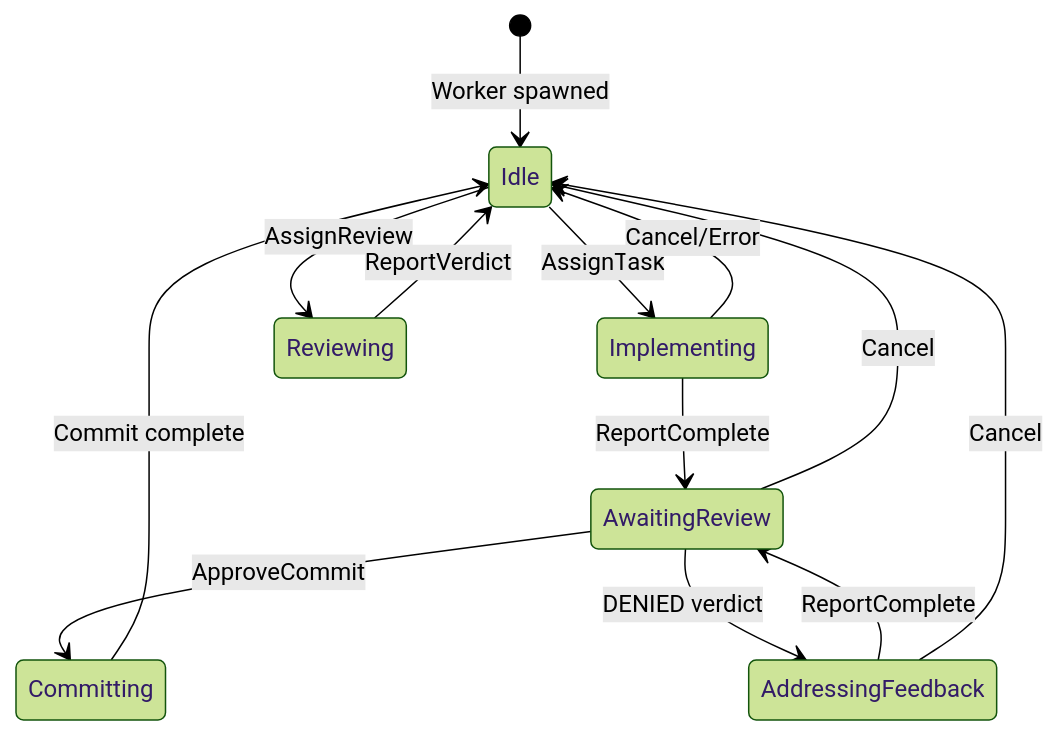
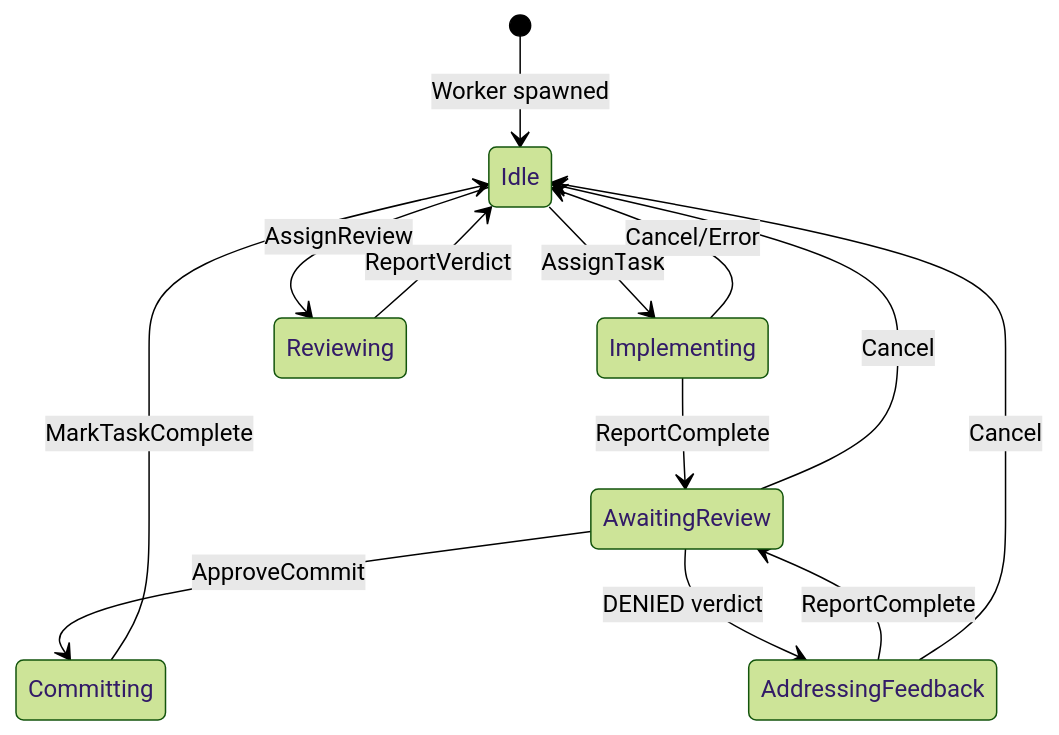
The second of 6 diagrams in internal/orchestration/v2/docs/process-lifecycle.md (zjrosen/perles), drawn with Mermaid (forest theme) before and after one commit. The commit also changed other lines of this file and 3 other files, not shown here.

````diff
--- a/internal/orchestration/v2/docs/process-lifecycle.md
+++ b/internal/orchestration/v2/docs/process-lifecycle.md
@@ -58,21 +70,21 @@
 ```mermaid
 stateDiagram-v2
     [*] --> Idle : Worker spawned
     
     Idle --> Implementing : AssignTask
     Idle --> Reviewing : AssignReview
     
     Implementing --> AwaitingReview : ReportComplete
     Implementing --> Idle : Cancel/Error
     
     AwaitingReview --> Committing : ApproveCommit
     AwaitingReview --> AddressingFeedback : DENIED verdict
     AwaitingReview --> Idle : Cancel
     
     AddressingFeedback --> AwaitingReview : ReportComplete
     AddressingFeedback --> Idle : Cancel
     
     Reviewing --> Idle : ReportVerdict
     
-    Committing --> Idle : Commit complete
+    Committing --> Idle : MarkTaskComplete
 ```
````
